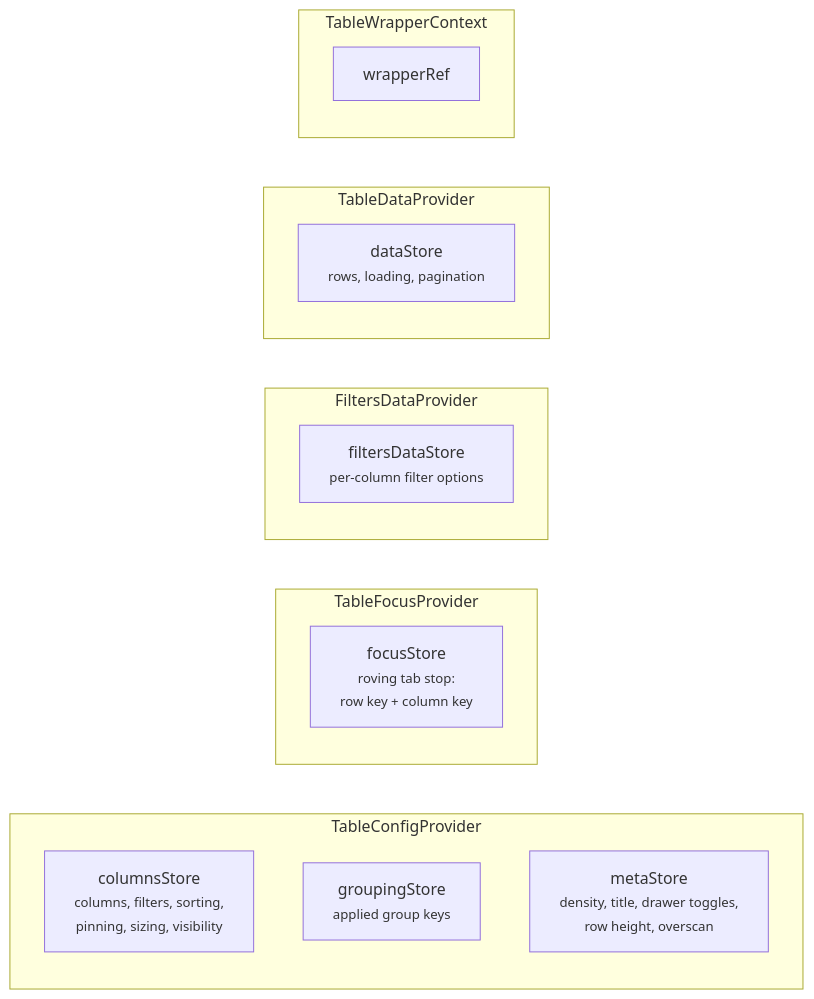
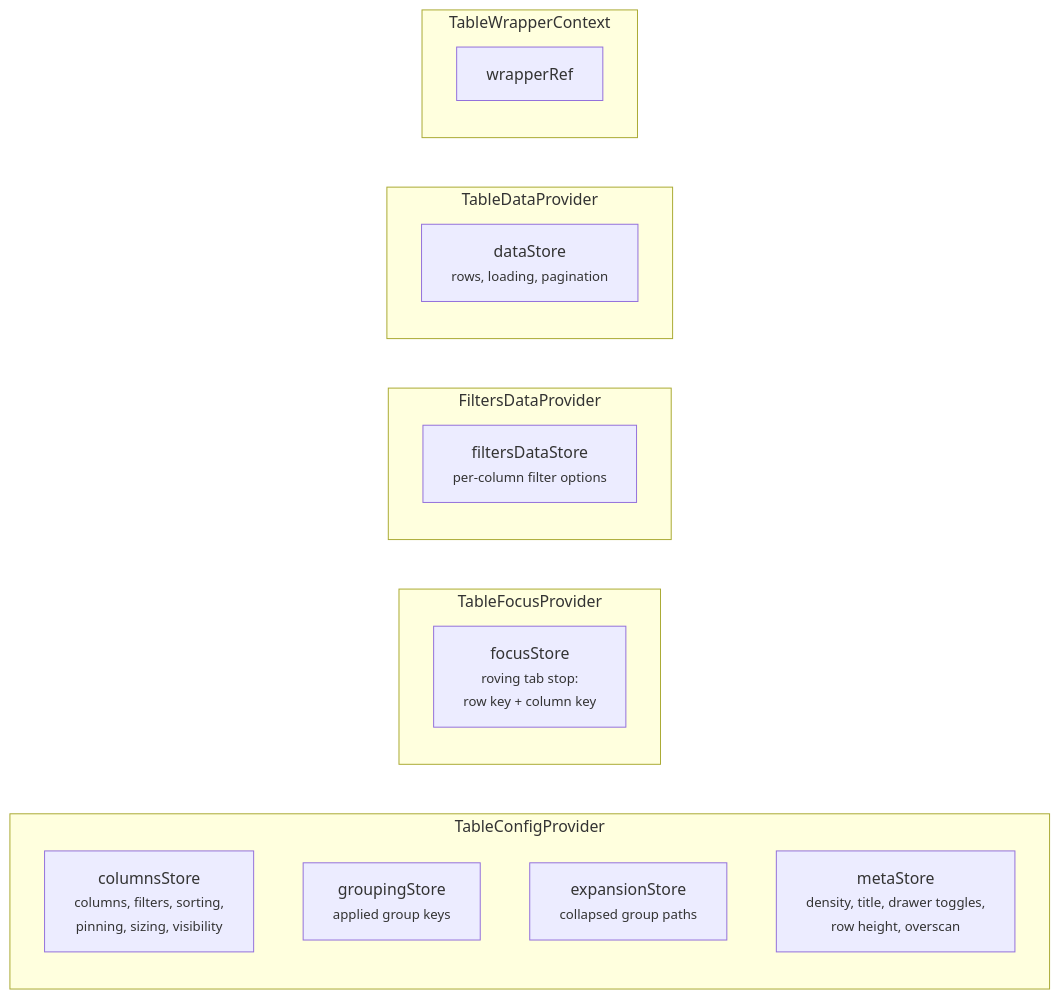
The second of 4 diagrams in packages/ui/src/components/Table/ARCHITECTURE.md (luciocabrera/lcabrera-stack), drawn with Mermaid before and after one commit. The commit also changed other lines of this file and 62 other files, not shown here.

First line of the commit message:
feat(ui): path-keyed group expansion and treegrid semantics (#665)

````diff
--- a/packages/ui/src/components/Table/ARCHITECTURE.md
+++ b/packages/ui/src/components/Table/ARCHITECTURE.md
@@ -89,24 +89,25 @@
 ```mermaid
 graph LR
   subgraph "TableConfigProvider"
     CS["columnsStore<br/><small>columns, filters, sorting,<br/>pinning, sizing, visibility</small>"]
     GS["groupingStore<br/><small>applied group keys</small>"]
+    ES["expansionStore<br/><small>collapsed group paths</small>"]
     MS["metaStore<br/><small>density, title, drawer toggles,<br/>row height, overscan</small>"]
   end
 
   subgraph "TableFocusProvider"
     FoS["focusStore<br/><small>roving tab stop:<br/>row key + column key</small>"]
   end
 
   subgraph "FiltersDataProvider"
     FS["filtersDataStore<br/><small>per-column filter options</small>"]
   end
 
   subgraph "TableDataProvider"
     DS["dataStore<br/><small>rows, loading, pagination</small>"]
   end
 
   subgraph "TableWrapperContext"
     WR["wrapperRef"]
   end
 ```
````
